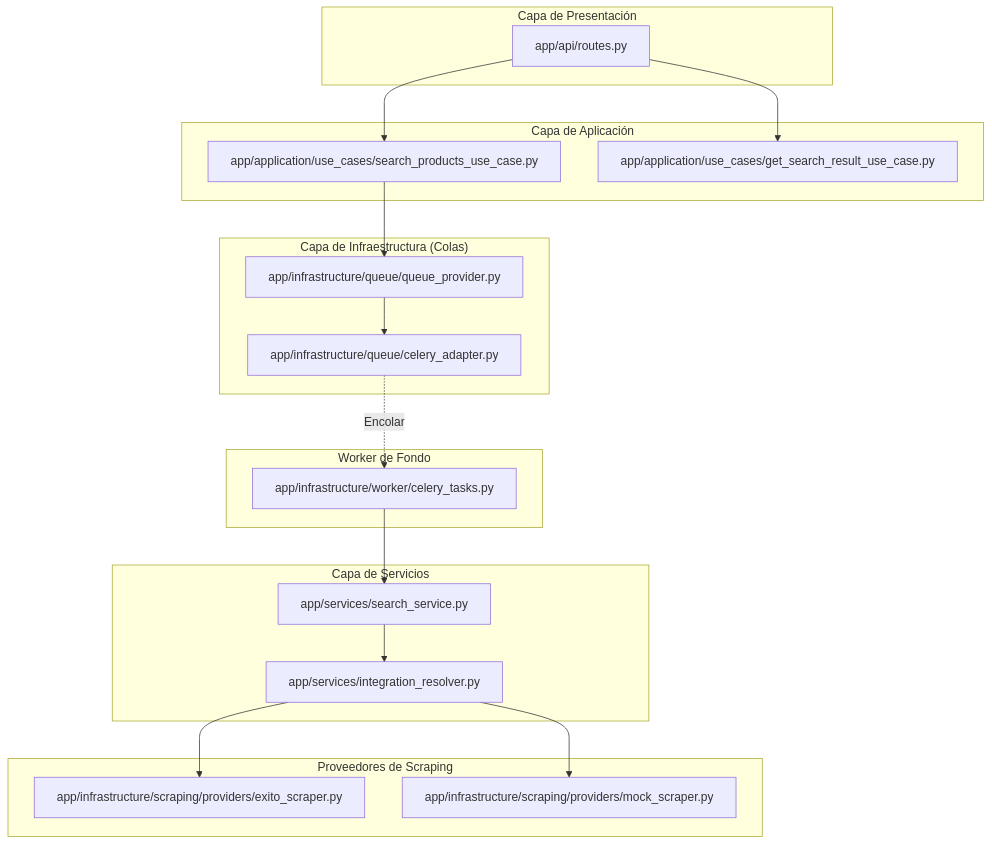
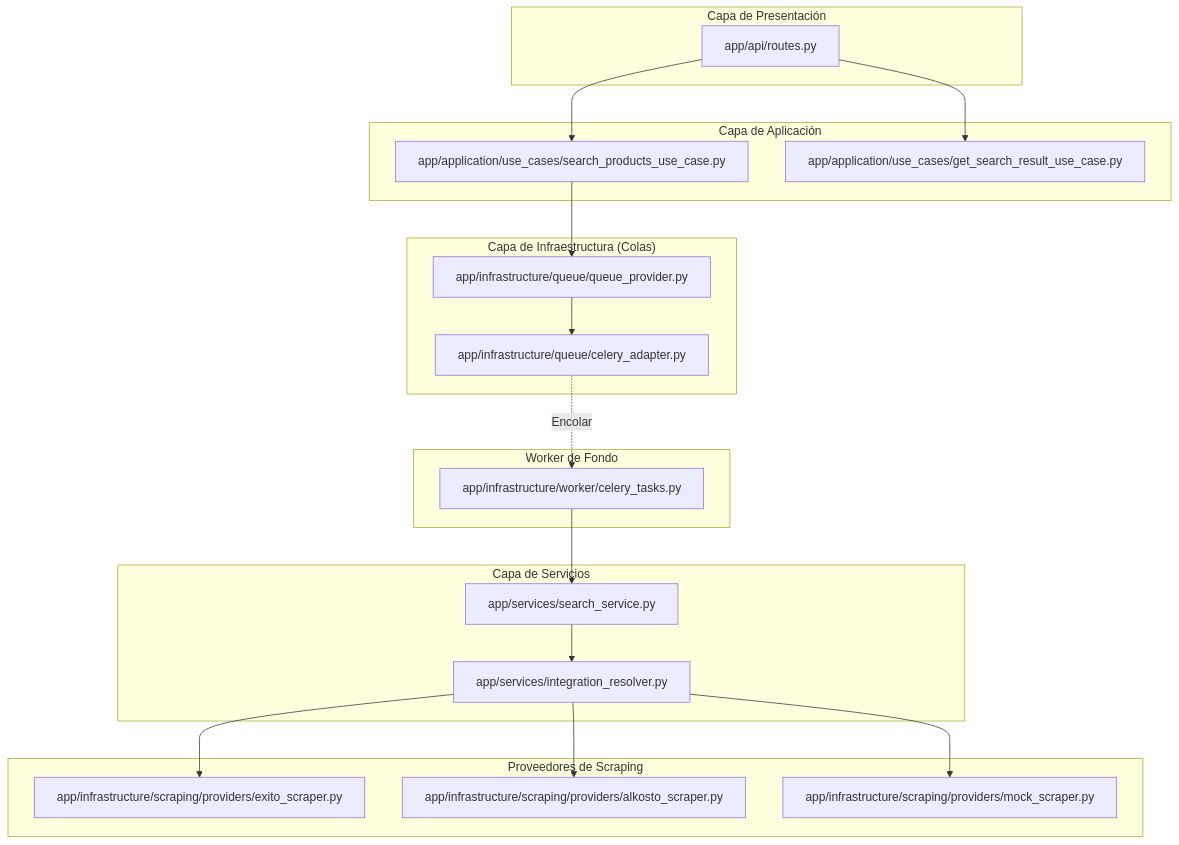
The diagram in README.md (jodagore92/webscraping_py), drawn with Mermaid before and after one commit. The commit also changed other lines of this file, not shown here.

Commit message:
doc: se incluye el nuevo scraper de alkosto

````diff
--- a/README.md
+++ b/README.md
@@ -20,40 +23,42 @@
 ```mermaid
 graph TD
     subgraph "Capa de Presentación"
         API[app/api/routes.py]
     end
 
     subgraph "Capa de Aplicación"
         UC_Search[app/application/use_cases/search_products_use_case.py]
         UC_GetResult[app/application/use_cases/get_search_result_use_case.py]
     end
 
     subgraph "Capa de Infraestructura (Colas)"
         QP[app/infrastructure/queue/queue_provider.py]
         CA[app/infrastructure/queue/celery_adapter.py]
     end
 
     subgraph "Worker de Fondo"
         Tasks[app/infrastructure/worker/celery_tasks.py]
     end
 
     subgraph "Capa de Servicios"
         SS[app/services/search_service.py]
         IR[app/services/integration_resolver.py]
     end
 
     subgraph "Proveedores de Scraping"
         ES[app/infrastructure/scraping/providers/exito_scraper.py]
+        AS[app/infrastructure/scraping/providers/alkosto_scraper.py]
         MS[app/infrastructure/scraping/providers/mock_scraper.py]
     end
 
     API --> UC_Search
     API --> UC_GetResult
     UC_Search --> QP
     QP --> CA
     CA -.->|Encolar| Tasks
     Tasks --> SS
     SS --> IR
     IR --> ES
+    IR --> AS
     IR --> MS
 ```
````
